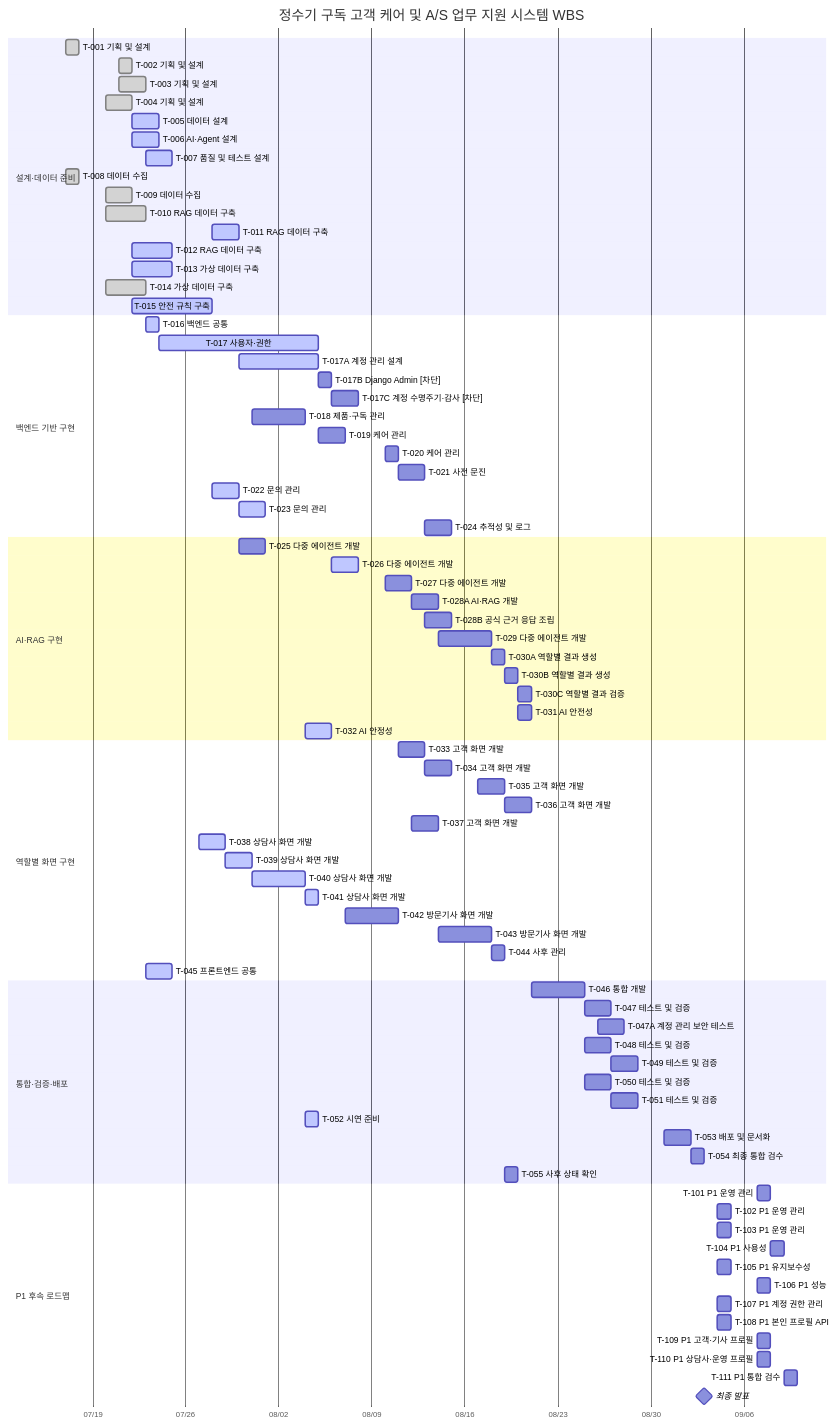
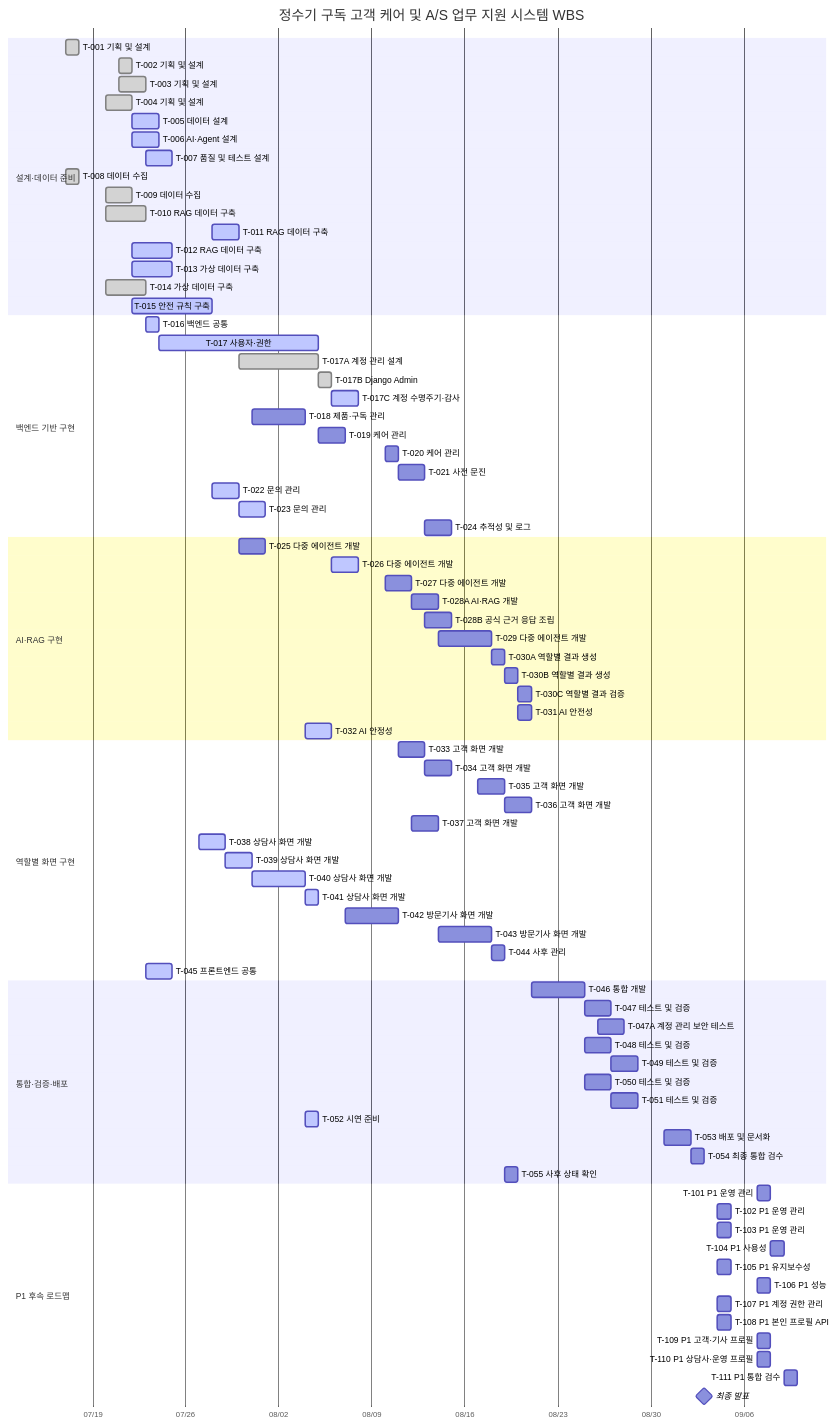
One commit to SKNETWORKS-FAMILY-AICAMP/SKN29-FINAL-4TEAM changed the diagram in docs/planning/md/WBS.md. Above: the diagram before and after it, drawn with Mermaid. The commit also changed other lines of this file and 15 other files, not shown here.

```diff
--- a/docs/planning/md/WBS.md
+++ b/docs/planning/md/WBS.md
@@ -267,9 +268,9 @@
     section 백엔드 기반 구현
     T-016 백엔드 공통 :active, T016, 2026-07-23, 1d
     T-017 사용자·권한 :active, T017, 2026-07-24, 12d
-    T-017A 계정 관리 설계 :active, T017A, 2026-07-30, 6d
-    T-017B Django Admin [차단] :T017B, 2026-08-05, 1d
-    T-017C 계정 수명주기·감사 [차단] :T017C, 2026-08-06, 2d
+    T-017A 계정 관리 설계 :done, T017A, 2026-07-30, 6d
+    T-017B Django Admin :done, T017B, 2026-08-05, 1d
+    T-017C 계정 수명주기·감사 :active, T017C, 2026-08-06, 2d
     T-018 제품·구독 관리 :T018, 2026-07-31, 4d
     T-019 케어 관리 :T019, 2026-08-05, 2d
     T-020 케어 관리 :T020, 2026-08-10, 1d
```
